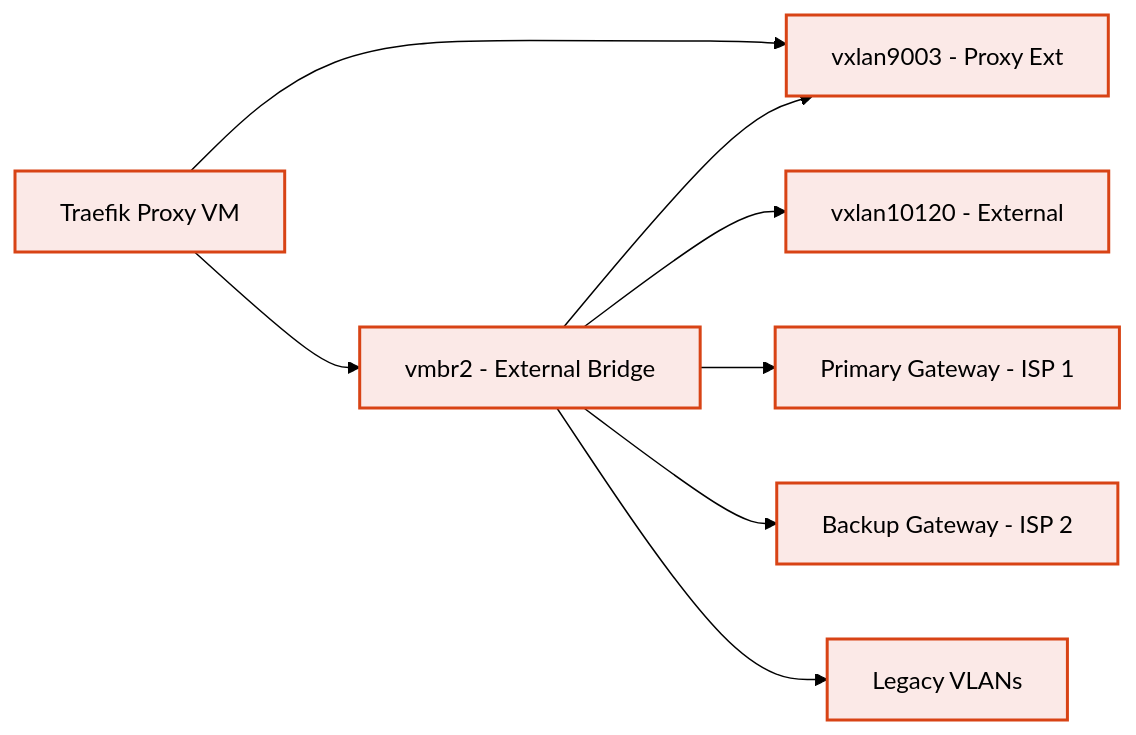
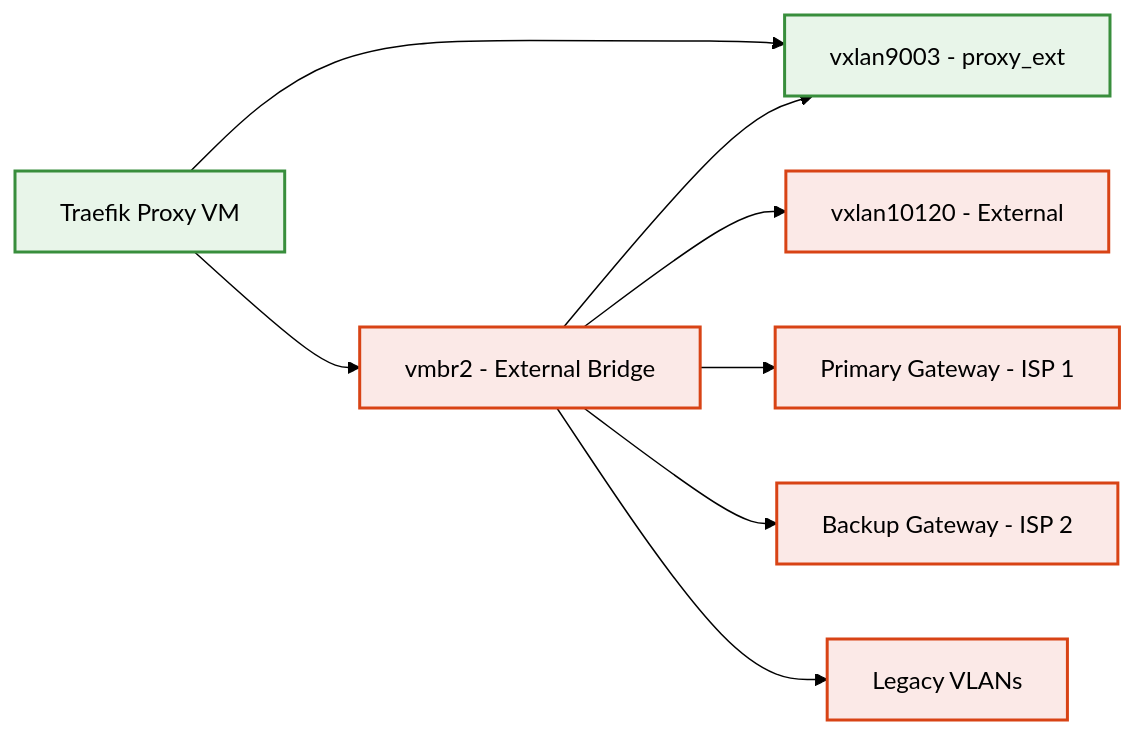
One commit to CEP-Comwell/proxmox_addons changed the fourth of 4 diagrams in README.md. Above: the diagram before and after it, drawn with Mermaid (forest theme). The commit also changed other lines of this file, not shown here.

````diff
--- a/README.md
+++ b/README.md
@@ -117,19 +123,21 @@
 ```mermaid
 graph LR
 ExtBridge[vmbr2 - External Bridge]
-VX9003[vxlan9003 - Proxy Ext]
+VX9003[vxlan9003 - proxy_ext]
 VX10120[vxlan10120 - External]
 ProxyVM[Traefik Proxy VM]
 Gateway1[Primary Gateway - ISP 1]
 Gateway2[Backup Gateway - ISP 2]
 LegacyVLAN[Legacy VLANs]
 ExtBridge --> VX9003
 ExtBridge --> VX10120
 ExtBridge --> Gateway1
 ExtBridge --> Gateway2
 ExtBridge --> LegacyVLAN
 ProxyVM --> VX9003
 ProxyVM --> ExtBridge
 classDef ext fill:#fbe9e7,stroke:#d84315,stroke-width:2px;
-class ExtBridge,VX9003,VX10120,ProxyVM,Gateway1,Gateway2,LegacyVLAN ext;
+classDef proxy fill:#e8f5e9,stroke:#388e3c,stroke-width:2px;
+class ExtBridge,VX10120,Gateway1,Gateway2,LegacyVLAN ext;
+class VX9003,ProxyVM proxy;
 ```
````
